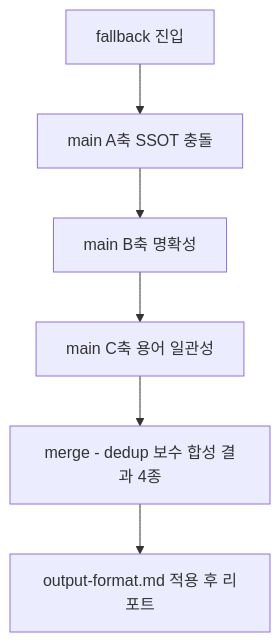
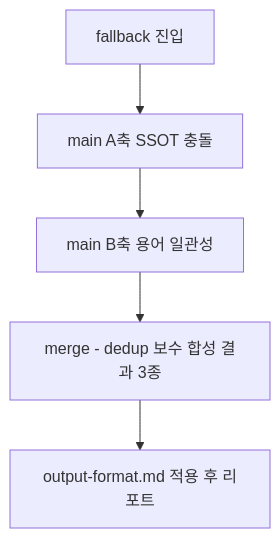
The third of 3 diagrams in product-team-kit/docs/skills-workflow-detail.md (inkwonjung-colosseum/plugins), drawn with Mermaid before and after one commit. The commit also changed other lines of this file and 23 other files, not shown here.

````diff
--- a/product-team-kit/docs/skills-workflow-detail.md
+++ b/product-team-kit/docs/skills-workflow-detail.md
@@ -241,8 +231,7 @@
 ```mermaid
 flowchart TD
     A[fallback 진입] --> B[main A축 SSOT 충돌]
-    B --> C[main B축 명확성]
-    C --> D[main C축 용어 일관성]
-    D --> F[merge - dedup 보수 합성 결과 4종]
+    B --> C[main B축 용어 일관성]
+    C --> F[merge - dedup 보수 합성 결과 3종]
     F --> G[output-format.md 적용 후 리포트]
 ```
````
